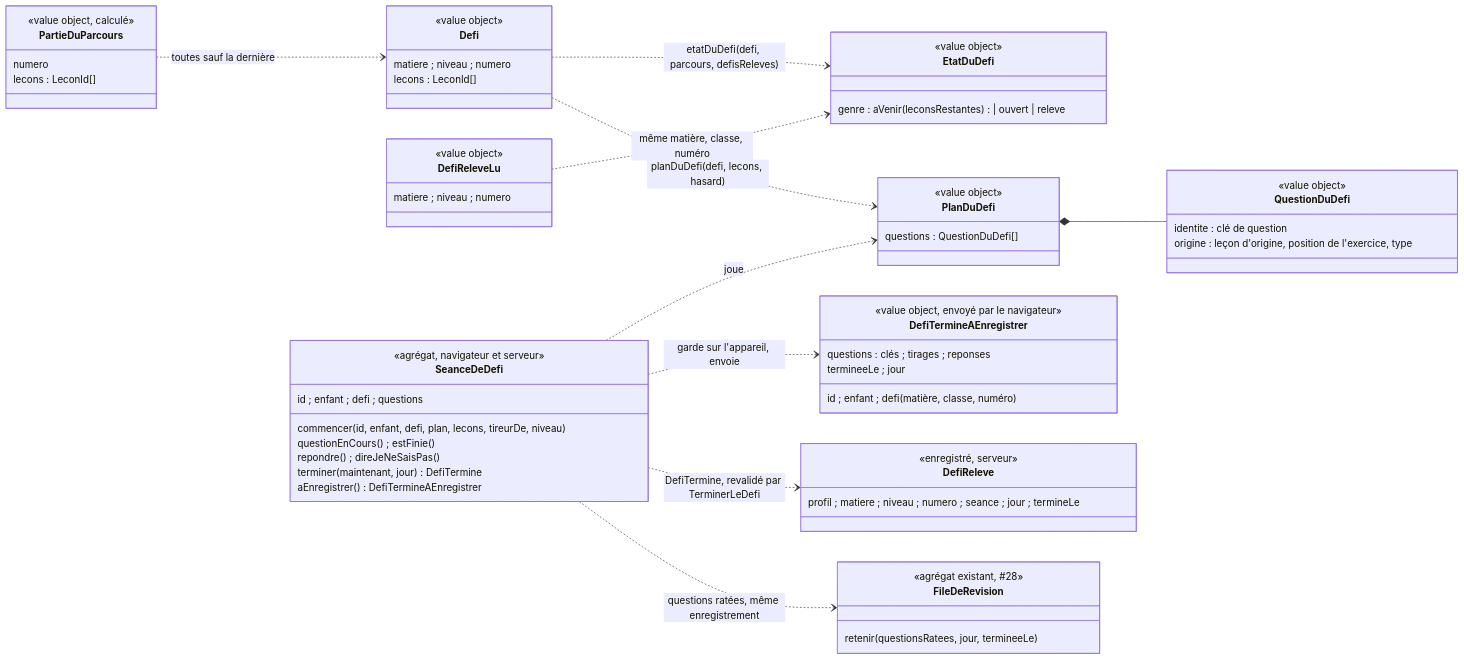
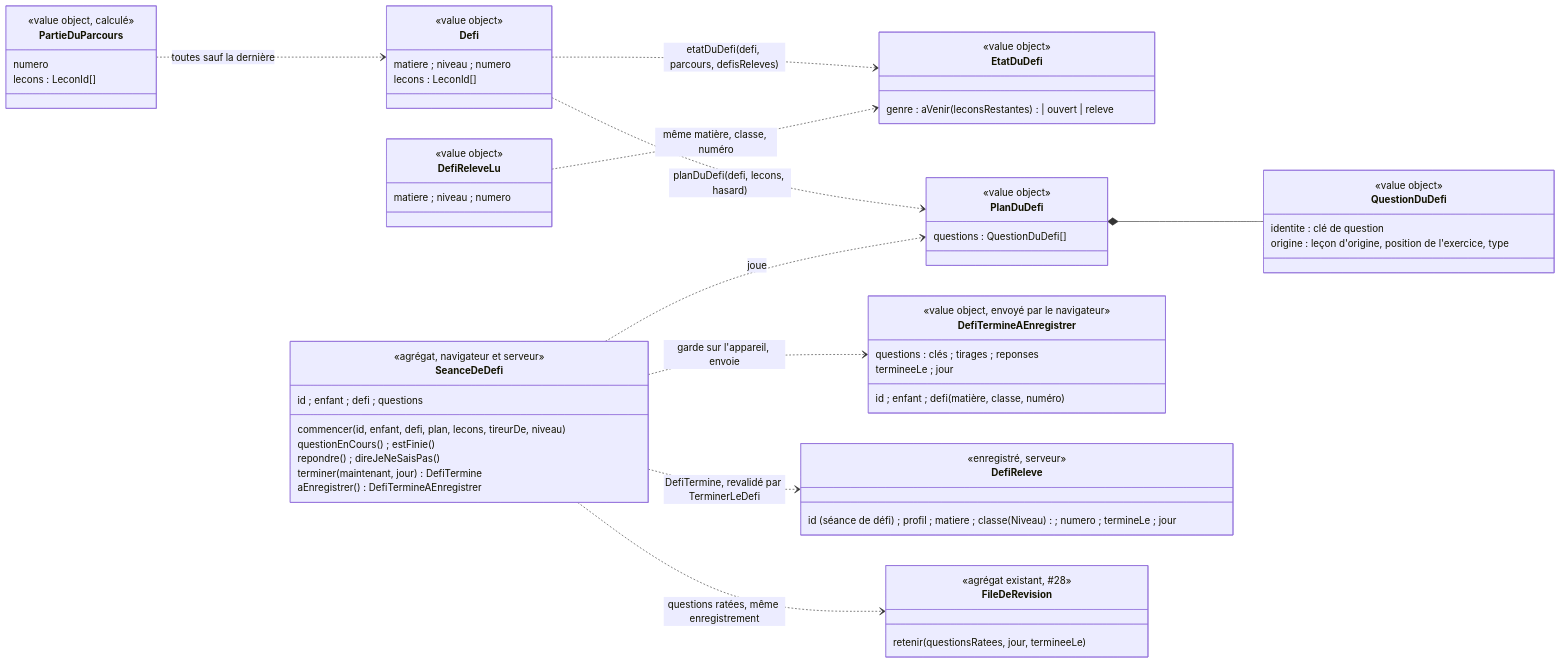
One commit to SBA-dev/github-move changed the diagram in docs/stories/100/domain-model.md. Above: the diagram before and after it, drawn with Mermaid. The commit also changed other lines of this file and 2 other files, not shown here.

First line of the commit message:
docs(#100): défis terminés sans les leçons du défi (minimisation)

````diff
--- a/docs/stories/100/domain-model.md
+++ b/docs/stories/100/domain-model.md
@@ -104,63 +104,63 @@
 ```mermaid
 classDiagram
   direction LR
   class PartieDuParcours {
     <<value object, calculé>>
     numero
     lecons : LeconId[]
   }
   class Defi {
     <<value object>>
     matiere ; niveau ; numero
     lecons : LeconId[]
   }
   class EtatDuDefi {
     <<value object>>
     genre : aVenir(leconsRestantes) | ouvert | releve
   }
   class DefiReleveLu {
     <<value object>>
     matiere ; niveau ; numero
   }
   class PlanDuDefi {
     <<value object>>
     questions : QuestionDuDefi[]
   }
   class QuestionDuDefi {
     <<value object>>
     identite : clé de question
     origine : leçon d'origine, position de l'exercice, type
   }
   class SeanceDeDefi {
     <<agrégat, navigateur et serveur>>
     id ; enfant ; defi ; questions
     commencer(id, enfant, defi, plan, lecons, tireurDe, niveau)
     questionEnCours() ; estFinie()
     repondre() ; direJeNeSaisPas()
     terminer(maintenant, jour) DefiTermine
     aEnregistrer() DefiTermineAEnregistrer
   }
   class DefiTermineAEnregistrer {
     <<value object, envoyé par le navigateur>>
     id ; enfant ; defi (matière, classe, numéro)
     questions : clés ; tirages ; reponses
     termineeLe ; jour
   }
   class DefiReleve {
     <<enregistré, serveur>>
-    profil ; matiere ; niveau ; numero ; seance ; jour ; termineLe
+    id (séance de défi) ; profil ; matiere ; classe (Niveau) ; numero ; termineLe ; jour
   }
   class FileDeRevision {
     <<agrégat existant, #28>>
     retenir(questionsRatees, jour, termineeLe)
   }
   PartieDuParcours ..> Defi : toutes sauf la dernière
   Defi ..> EtatDuDefi : etatDuDefi(defi, parcours, defisReleves)
   DefiReleveLu ..> EtatDuDefi : même matière, classe, numéro
   Defi ..> PlanDuDefi : planDuDefi(defi, lecons, hasard)
   PlanDuDefi *-- QuestionDuDefi
   SeanceDeDefi ..> PlanDuDefi : joue
   SeanceDeDefi ..> DefiTermineAEnregistrer : garde sur l'appareil, envoie
   SeanceDeDefi ..> DefiReleve : DefiTermine, revalidé par TerminerLeDefi
   SeanceDeDefi ..> FileDeRevision : questions ratées, même enregistrement
 ```
````
